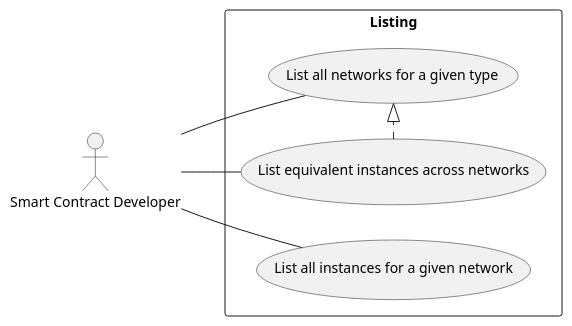
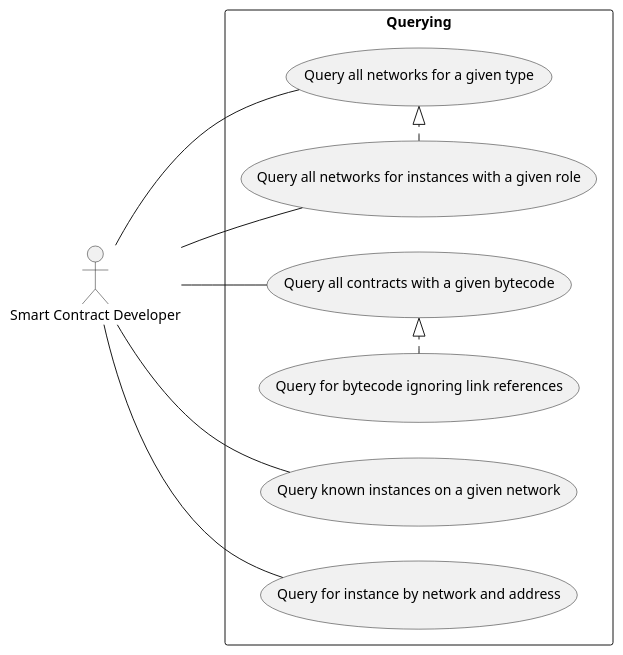
The third of 7 diagrams in docs/use-cases.rst (trufflesuite/artifact-updates), drawn with PlantUML before and after one commit. The commit also changed other lines of this file and 2 other files, not shown here.

```diff
--- a/docs/use-cases.rst
+++ b/docs/use-cases.rst
@@ -132,16 +136,22 @@
 .. uml::
 
   left to right direction
   :Smart Contract Developer: as :Developer:
 
-  rectangle Listing {
-    (List all instances for a given network) as (ListNetwork)
-    (List all networks for a given type) as (ListType)
-    (List equivalent instances across networks) as (ListInstance)
+  rectangle Querying {
+    (Query known instances on a given network) as (QueryNetwork)
+    (Query all networks for a given type) as (QueryType)
+    (Query all networks for instances with a given role) as (QueryInstance)
+    (Query for instance by network and address) as (QueryAddress)
+    (Query all contracts with a given bytecode) as (QueryBytecode)
+    (Query for bytecode ignoring link references) as (QueryBytecodeUnlinked)
 
-    ListInstance .|> ListType
+    QueryInstance .|> QueryType
+    QueryBytecodeUnlinked .|> QueryBytecode
   }
 
-  Developer -- ListNetwork
-  Developer -- ListType
-  Developer -- ListInstance
+  Developer -- QueryNetwork
+  Developer -- QueryType
+  Developer -- QueryInstance
+  Developer -- QueryAddress
+  Developer -- QueryBytecode
```
